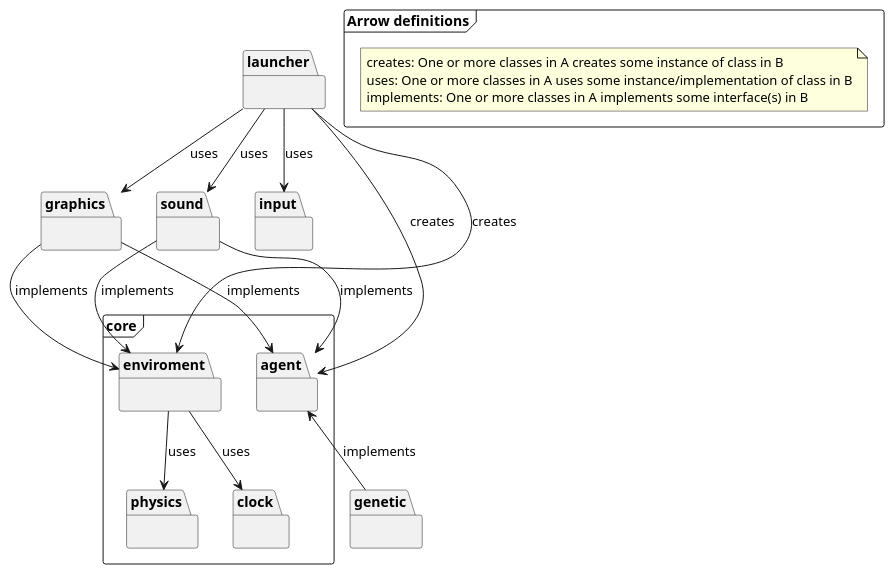
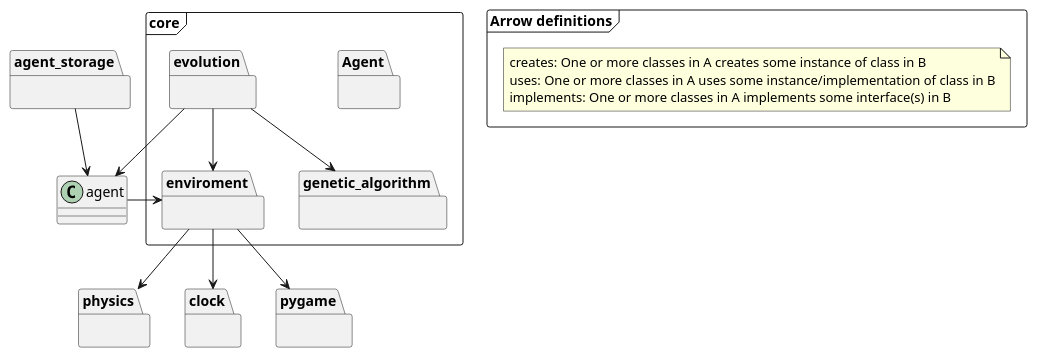
Before and after one commit to CogitoNTNU/CrawlAI: the diagram in docs/Architecture/diagrams/high_level_logic_view.puml, drawn with PlantUML.

Commit message:
chore: Refactor package structure and class names for better organization and clarity

```diff
--- a/docs/Architecture/diagrams/high_level_logic_view.puml
+++ b/docs/Architecture/diagrams/high_level_logic_view.puml
@@ -4,81 +4,61 @@
 @startuml
 
 frame "Arrow definitions" {
     note "creates: One or more classes in A creates some instance of class in B\nuses: One or more classes in A uses some instance/implementation of class in B\nimplements: One or more classes in A implements some interface(s) in B" as definitionNote
 }
 
 
 
 frame "core"{
-    package "agent" {
+    
+    package "Agent" {
 
     }
     package "enviroment" {
 
     }
 
-    package "clock" {
+    package "evolution" {
 
     }
 
-    package "physics" {
+    package "genetic_algorithm" {
 
     }
+
+
+    
 }
+
+package "agent_storage" {
+
+}
+
+package "physics" {
+
+}
+
+package "clock" {
+
+}
+
+package "pygame" {
+
+}
+
+agent --> enviroment
+evolution --> agent
+evolution --> enviroment
+evolution --> genetic_algorithm
+enviroment --> clock
+enviroment --> pygame
+enviroment --> physics
+agent_storage --> agent
 
 
 
 
 
-package "genetic"{
-
-}
-
-
-package "launcher" {
-    
-}
-
-package "sound" {
-    
-}
-
-package "graphics" {
-    
-}
-
-
-
-package "input" {
-    
-}
-
-
-
-launcher --> input : uses
-launcher --> graphics : uses
-launcher --> sound : uses
-
-graphics --> agent : implements
-sound --> agent : implements
-
-graphics --> enviroment : implements
-sound --> enviroment : implements
-
-enviroment --> clock: uses
-
-agent <-- genetic: implements
-
-enviroment --> physics: uses
-
-launcher --> enviroment: creates
-
-launcher --> agent: creates
-
-' agent --> enviroment: uses
-' enviroment --> agent: uses
-
-
 
 
 @enduml
```
